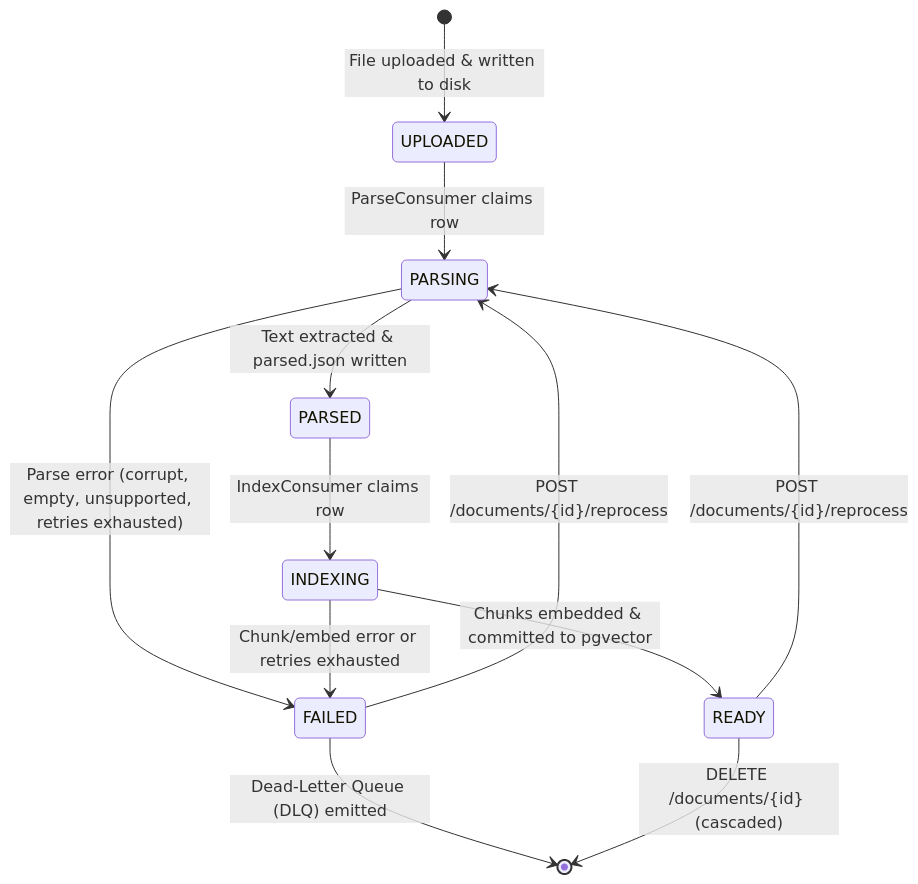
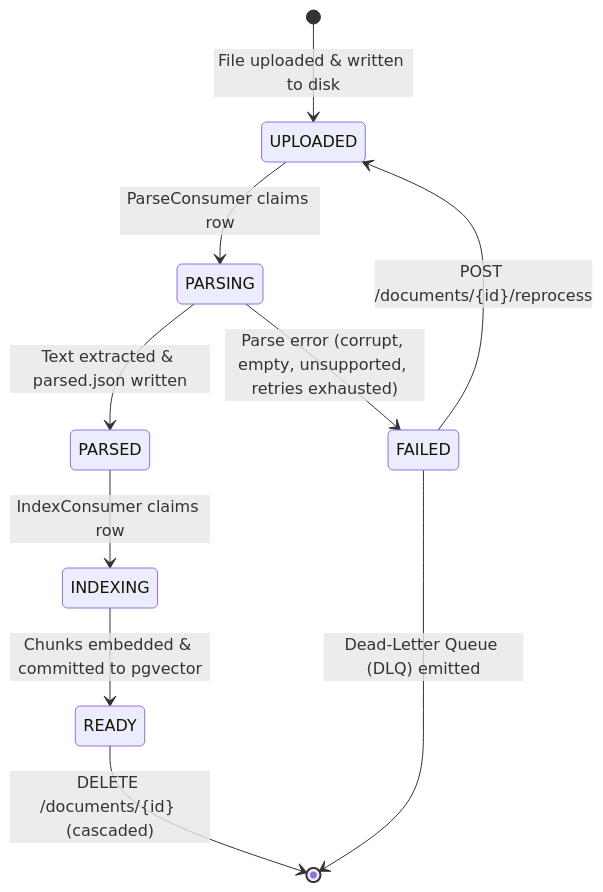
Before and after one commit to im-abhyuday/Vaultly: the fifth of 5 diagrams in docs/ARCHITECTURE.md, drawn with Mermaid.

Commit message:
docs: align ARCHITECTURE.md document state transitions with implementation

````diff
--- a/docs/ARCHITECTURE.md
+++ b/docs/ARCHITECTURE.md
@@ -176,14 +176,12 @@
 ```mermaid
 stateDiagram-v2
     [*] --> UPLOADED: File uploaded & written to disk
     UPLOADED --> PARSING: ParseConsumer claims row
     PARSING --> PARSED: Text extracted & parsed.json written
     PARSING --> FAILED: Parse error (corrupt, empty, unsupported, retries exhausted)
     PARSED --> INDEXING: IndexConsumer claims row
     INDEXING --> READY: Chunks embedded & committed to pgvector
-    INDEXING --> FAILED: Chunk/embed error or retries exhausted
-    READY --> PARSING: POST /documents/{id}/reprocess
-    FAILED --> PARSING: POST /documents/{id}/reprocess
+    READY --> [*]: DELETE /documents/{id} (cascaded)
+    FAILED --> UPLOADED: POST /documents/{id}/reprocess
     FAILED --> [*]: Dead-Letter Queue (DLQ) emitted
-    READY --> [*]: DELETE /documents/{id} (cascaded)
 ```
````
